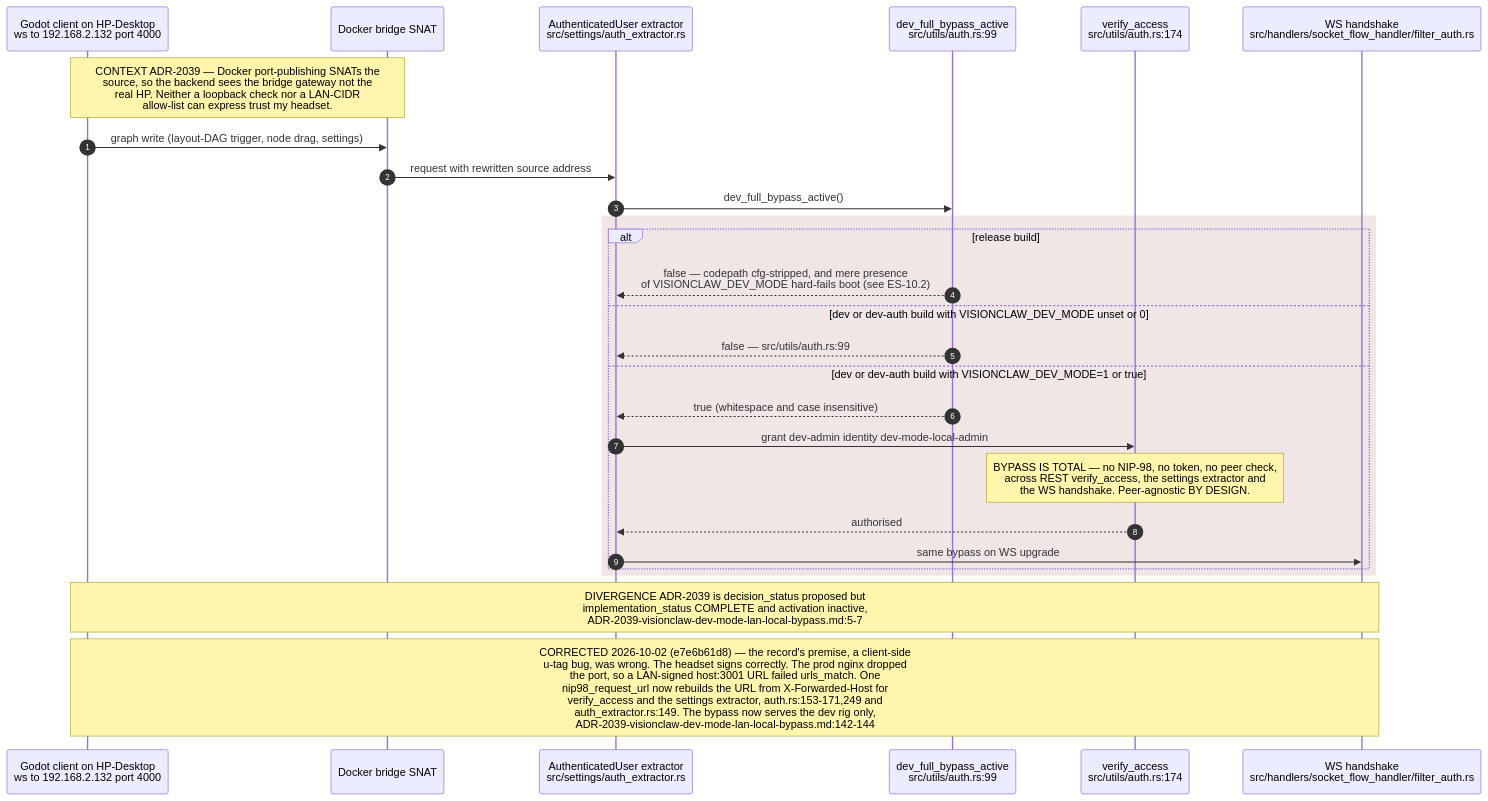
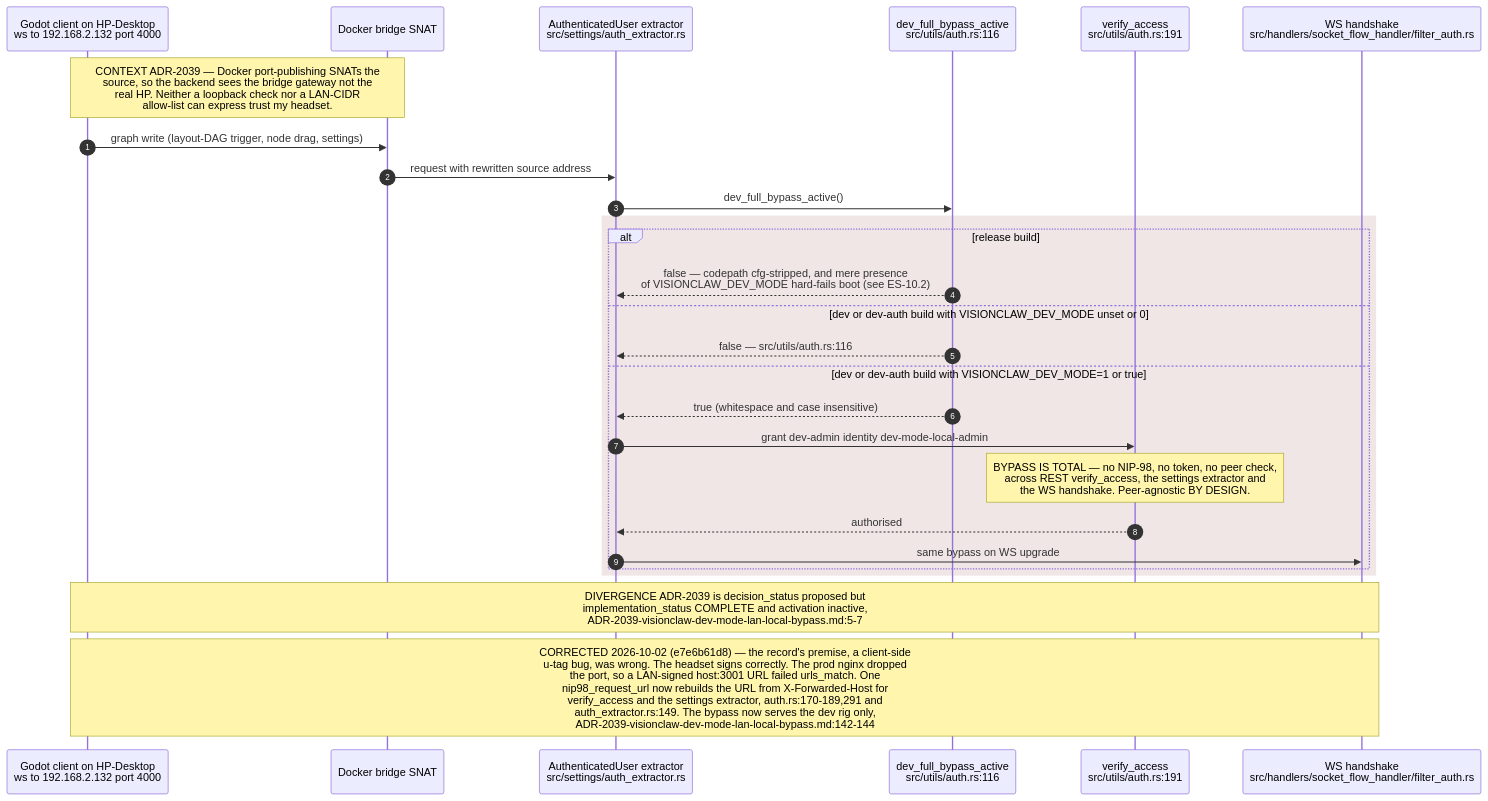
Before and after one commit to DreamLab-AI/VisionFlow: the sixth of 11 diagrams in docs/diagrams/estate/10-deployment-and-security-profiles.md, drawn with Mermaid. The commit also changed other lines of this file and 160 other files, not shown here.

````diff
--- a/docs/diagrams/estate/10-deployment-and-security-profiles.md
+++ b/docs/diagrams/estate/10-deployment-and-security-profiles.md
@@ -255,30 +258,30 @@
 ```mermaid
 sequenceDiagram
     autonumber
     participant HP as Godot client on HP-Desktop<br/>ws to 192.168.2.132 port 4000
     participant DK as Docker bridge SNAT
     participant AX as AuthenticatedUser extractor<br/>src/settings/auth_extractor.rs
-    participant DB as dev_full_bypass_active<br/>src/utils/auth.rs:99
-    participant VA as verify_access<br/>src/utils/auth.rs:174
+    participant DB as dev_full_bypass_active<br/>src/utils/auth.rs:116
+    participant VA as verify_access<br/>src/utils/auth.rs:191
     participant WS as WS handshake<br/>src/handlers/socket_flow_handler/filter_auth.rs
 
     Note over HP,DK: CONTEXT ADR-2039 — Docker port-publishing SNATs the<br/>source, so the backend sees the bridge gateway not the<br/>real HP. Neither a loopback check nor a LAN-CIDR<br/>allow-list can express trust my headset.
     HP->>DK: graph write (layout-DAG trigger, node drag, settings)
     DK->>AX: request with rewritten source address
     AX->>DB: dev_full_bypass_active()
     rect rgb(240,230,230)
     alt release build
         DB-->>AX: false — codepath cfg-stripped, and mere presence<br/>of VISIONCLAW_DEV_MODE hard-fails boot (see ES-10.2)
     else dev or dev-auth build with VISIONCLAW_DEV_MODE unset or 0
-        DB-->>AX: false — src/utils/auth.rs:99
+        DB-->>AX: false — src/utils/auth.rs:116
     else dev or dev-auth build with VISIONCLAW_DEV_MODE=1 or true
         DB-->>AX: true (whitespace and case insensitive)
         AX->>VA: grant dev-admin identity dev-mode-local-admin
         Note over VA: BYPASS IS TOTAL — no NIP-98, no token, no peer check,<br/>across REST verify_access, the settings extractor and<br/>the WS handshake. Peer-agnostic BY DESIGN.
         VA-->>AX: authorised
         AX->>WS: same bypass on WS upgrade
     end
     end
     Note over HP,WS: DIVERGENCE ADR-2039 is decision_status proposed but<br/>implementation_status COMPLETE and activation inactive,<br/>ADR-2039-visionclaw-dev-mode-lan-local-bypass.md:5-7
-    Note over HP,WS: CORRECTED 2026-10-02 (e7e6b61d8) — the record's premise, a client-side<br/>u-tag bug, was wrong. The headset signs correctly. The prod nginx dropped<br/>the port, so a LAN-signed host:3001 URL failed urls_match. One<br/>nip98_request_url now rebuilds the URL from X-Forwarded-Host for<br/>verify_access and the settings extractor, auth.rs:153-171,249 and<br/>auth_extractor.rs:149. The bypass now serves the dev rig only,<br/>ADR-2039-visionclaw-dev-mode-lan-local-bypass.md:142-144
+    Note over HP,WS: CORRECTED 2026-10-02 (e7e6b61d8) — the record's premise, a client-side<br/>u-tag bug, was wrong. The headset signs correctly. The prod nginx dropped<br/>the port, so a LAN-signed host:3001 URL failed urls_match. One<br/>nip98_request_url now rebuilds the URL from X-Forwarded-Host for<br/>verify_access and the settings extractor, auth.rs:170-189,291 and<br/>auth_extractor.rs:149. The bypass now serves the dev rig only,<br/>ADR-2039-visionclaw-dev-mode-lan-local-bypass.md:142-144
 ```
````
